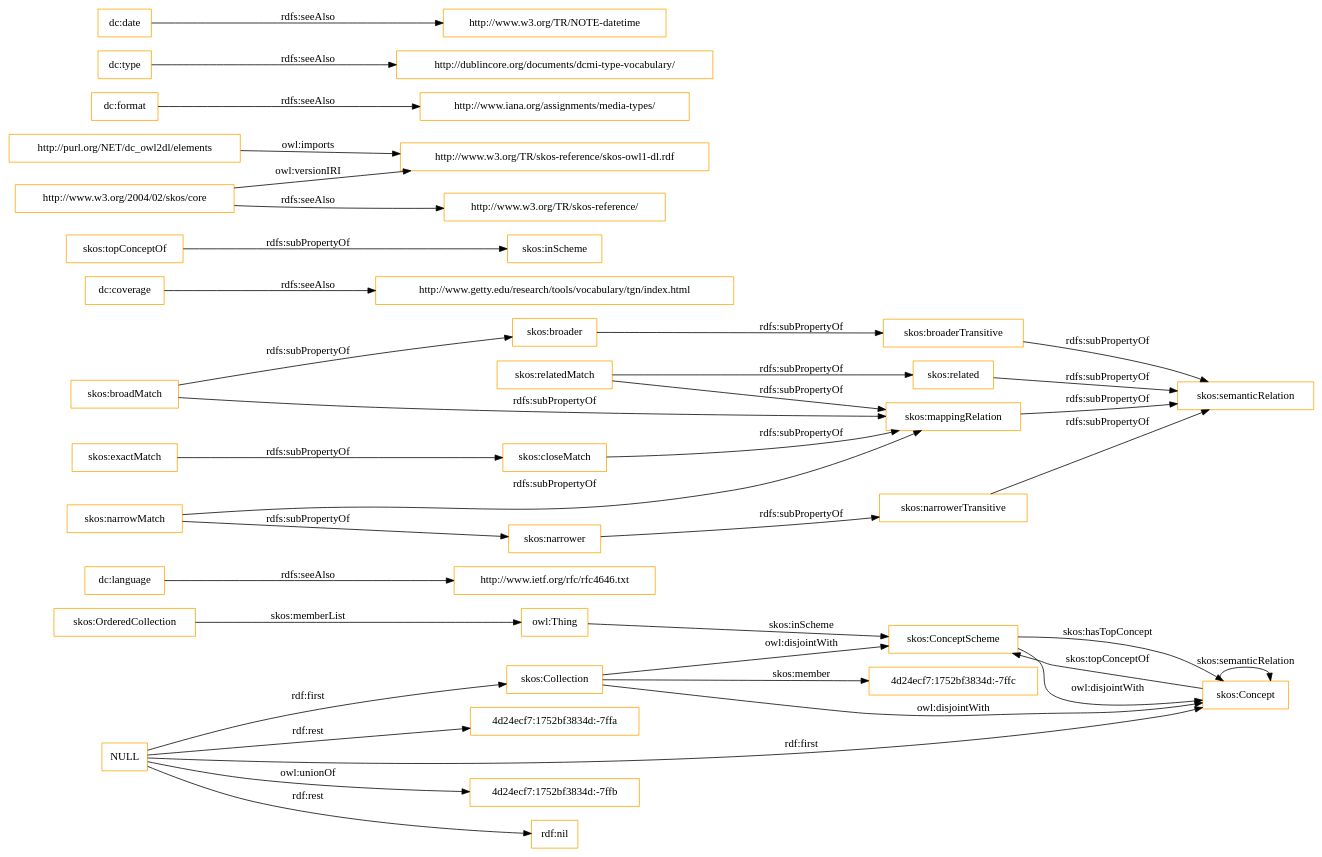
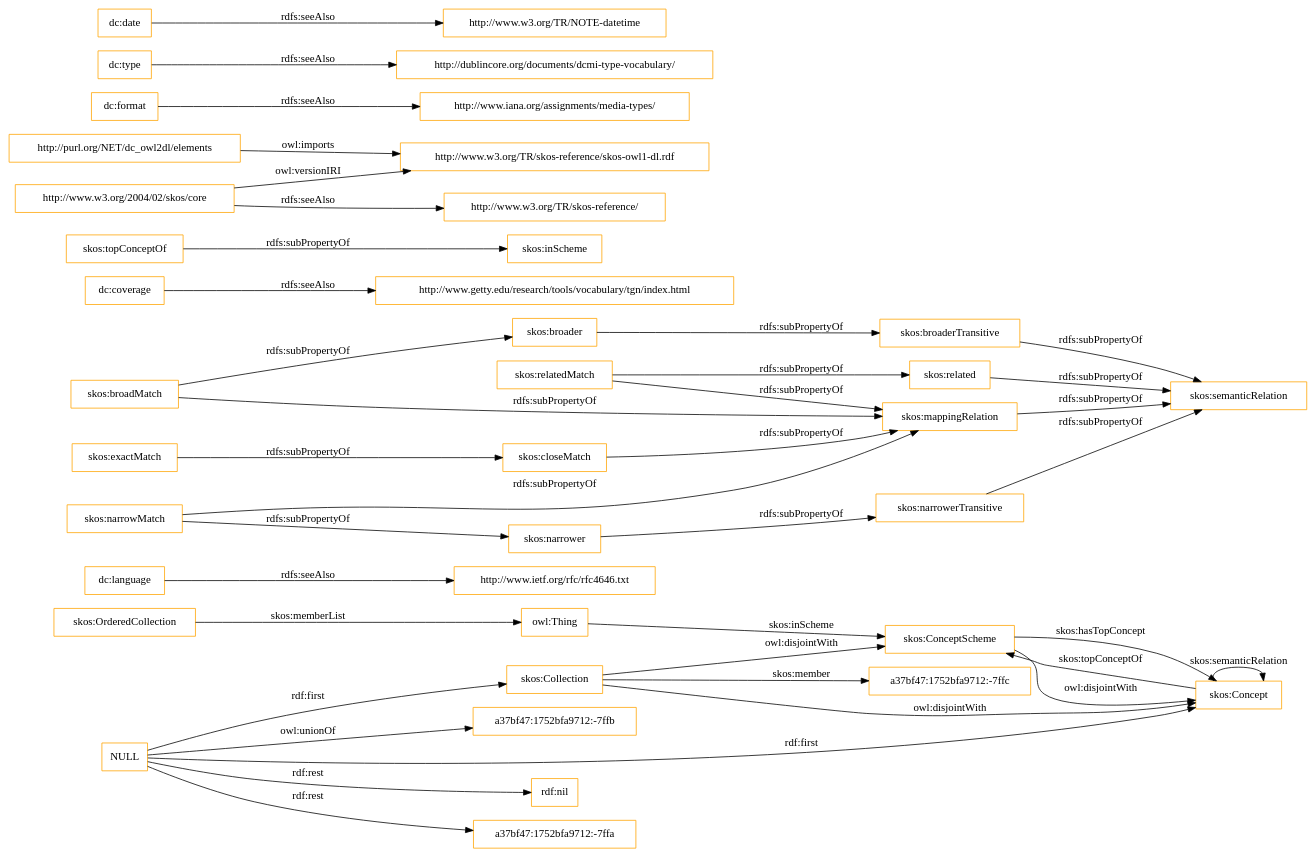
The diagram in OnToology/imports/elements.owl/diagrams/ar2dtool-class/elements.owl.png.dot (OnToologyUser/core-ontology-1), drawn with Graphviz before and after one commit. The commit also changed 14 other files, not shown here.

```diff
--- a/OnToology/imports/elements.owl/diagrams/ar2dtool-class/elements.owl.png.dot
+++ b/OnToology/imports/elements.owl/diagrams/ar2dtool-class/elements.owl.png.dot
@@ -1,43 +1,43 @@
 digraph ar2dtool_diagram { 
 rankdir=LR;
 size="1501"
-node [shape = rectangle, color="orange"]; "4d24ecf7:1752bf3834d:-7ffc" "skos:OrderedCollection" "skos:Collection" "skos:ConceptScheme" "skos:Concept" ; /*classes style*/
+node [shape = rectangle, color="orange"]; "a37bf47:1752bfa9712:-7ffc" "skos:OrderedCollection" "skos:Collection" "skos:ConceptScheme" "skos:Concept" ; /*classes style*/
 	"dc:language" -> "http://www.ietf.org/rfc/rfc4646.txt" [ label = "rdfs:seeAlso" ];
-	"NULL" -> "4d24ecf7:1752bf3834d:-7ffb" [ label = "owl:unionOf" ];
 	"NULL" -> "rdf:nil" [ label = "rdf:rest" ];
 	"NULL" -> "skos:Collection" [ label = "rdf:first" ];
-	"NULL" -> "4d24ecf7:1752bf3834d:-7ffa" [ label = "rdf:rest" ];
+	"NULL" -> "a37bf47:1752bfa9712:-7ffa" [ label = "rdf:rest" ];
 	"NULL" -> "skos:Concept" [ label = "rdf:first" ];
+	"NULL" -> "a37bf47:1752bfa9712:-7ffb" [ label = "owl:unionOf" ];
 	"skos:closeMatch" -> "skos:mappingRelation" [ label = "rdfs:subPropertyOf" ];
 	"dc:coverage" -> "http://www.getty.edu/research/tools/vocabulary/tgn/index.html" [ label = "rdfs:seeAlso" ];
 	"skos:relatedMatch" -> "skos:related" [ label = "rdfs:subPropertyOf" ];
 	"skos:relatedMatch" -> "skos:mappingRelation" [ label = "rdfs:subPropertyOf" ];
 	"skos:ConceptScheme" -> "skos:Concept" [ label = "owl:disjointWith" ];
 	"skos:related" -> "skos:semanticRelation" [ label = "rdfs:subPropertyOf" ];
 	"skos:topConceptOf" -> "skos:inScheme" [ label = "rdfs:subPropertyOf" ];
 	"skos:broadMatch" -> "skos:broader" [ label = "rdfs:subPropertyOf" ];
 	"skos:broadMatch" -> "skos:mappingRelation" [ label = "rdfs:subPropertyOf" ];
 	"http://purl.org/NET/dc_owl2dl/elements" -> "http://www.w3.org/TR/skos-reference/skos-owl1-dl.rdf" [ label = "owl:imports" ];
 	"skos:exactMatch" -> "skos:closeMatch" [ label = "rdfs:subPropertyOf" ];
 	"dc:format" -> "http://www.iana.org/assignments/media-types/" [ label = "rdfs:seeAlso" ];
 	"skos:broaderTransitive" -> "skos:semanticRelation" [ label = "rdfs:subPropertyOf" ];
 	"dc:type" -> "http://dublincore.org/documents/dcmi-type-vocabulary/" [ label = "rdfs:seeAlso" ];
 	"skos:broader" -> "skos:broaderTransitive" [ label = "rdfs:subPropertyOf" ];
 	"skos:mappingRelation" -> "skos:semanticRelation" [ label = "rdfs:subPropertyOf" ];
 	"http://www.w3.org/2004/02/skos/core" -> "http://www.w3.org/TR/skos-reference/skos-owl1-dl.rdf" [ label = "owl:versionIRI" ];
 	"http://www.w3.org/2004/02/skos/core" -> "http://www.w3.org/TR/skos-reference/" [ label = "rdfs:seeAlso" ];
 	"skos:Collection" -> "skos:ConceptScheme" [ label = "owl:disjointWith" ];
 	"skos:Collection" -> "skos:Concept" [ label = "owl:disjointWith" ];
 	"skos:narrowMatch" -> "skos:narrower" [ label = "rdfs:subPropertyOf" ];
 	"skos:narrowMatch" -> "skos:mappingRelation" [ label = "rdfs:subPropertyOf" ];
 	"skos:narrower" -> "skos:narrowerTransitive" [ label = "rdfs:subPropertyOf" ];
 	"dc:date" -> "http://www.w3.org/TR/NOTE-datetime" [ label = "rdfs:seeAlso" ];
 	"skos:narrowerTransitive" -> "skos:semanticRelation" [ label = "rdfs:subPropertyOf" ];
 	"skos:OrderedCollection" -> "owl:Thing" [ label = "skos:memberList" ];
 	"skos:Concept" -> "skos:ConceptScheme" [ label = "skos:topConceptOf" ];
 	"skos:Concept" -> "skos:Concept" [ label = "skos:semanticRelation" ];
-	"skos:Collection" -> "4d24ecf7:1752bf3834d:-7ffc" [ label = "skos:member" ];
+	"skos:Collection" -> "a37bf47:1752bfa9712:-7ffc" [ label = "skos:member" ];
 	"skos:ConceptScheme" -> "skos:Concept" [ label = "skos:hasTopConcept" ];
 	"owl:Thing" -> "skos:ConceptScheme" [ label = "skos:inScheme" ];
 
 }
```
